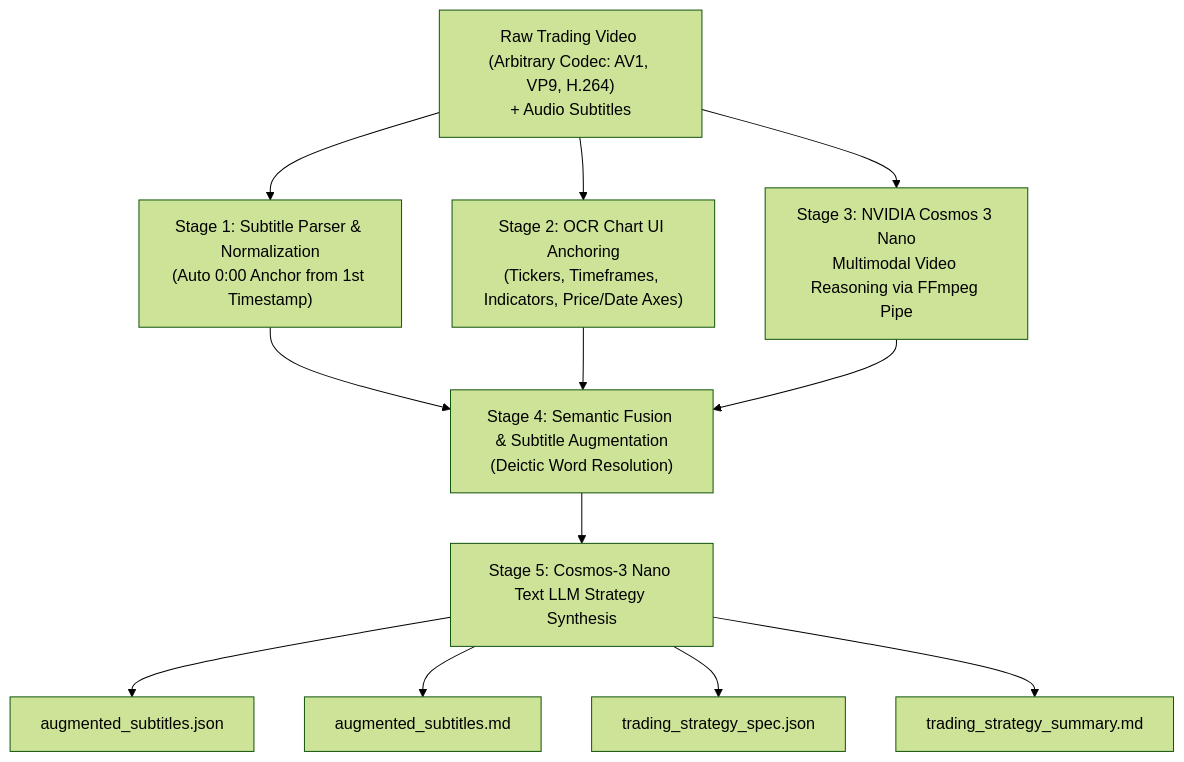
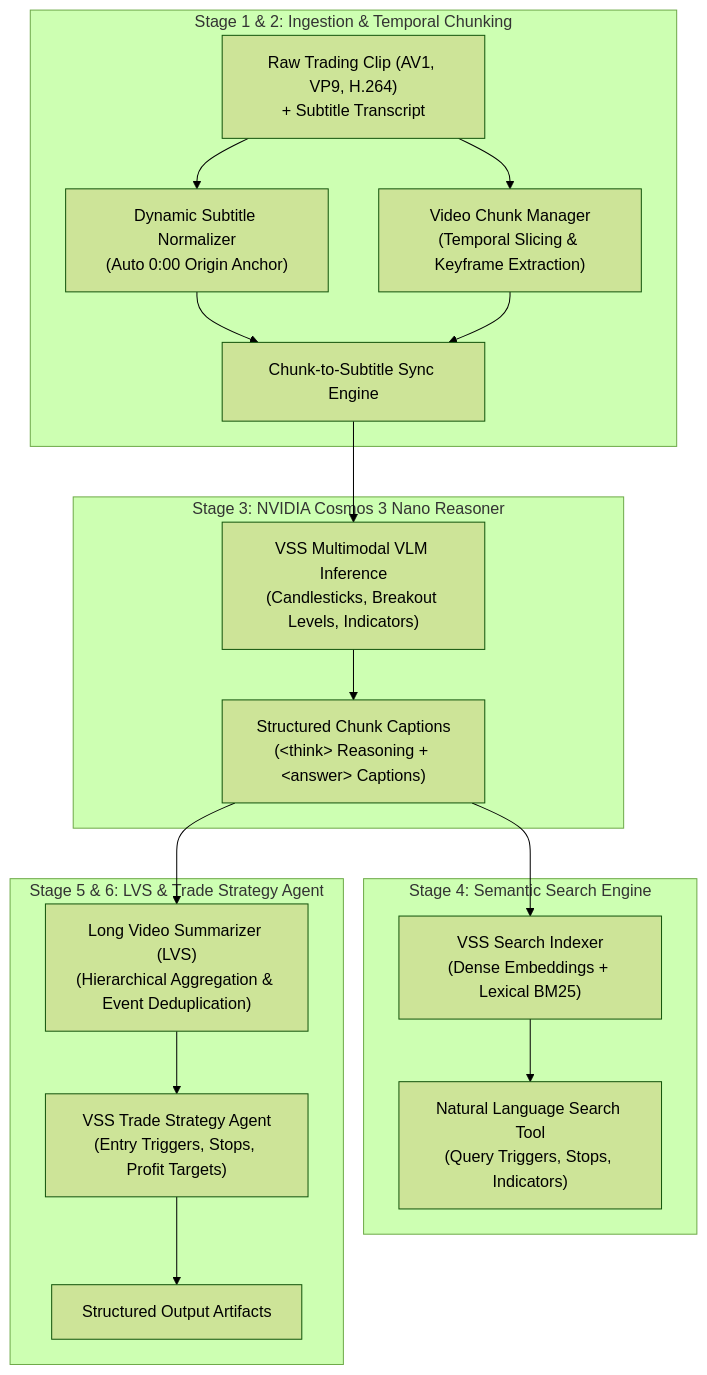
The diagram in README.md (Apro123/trading-video-understanding), drawn with Mermaid (forest theme) before and after one commit. The commit also changed other lines of this file and 25 other files, not shown here.

Commit message:
Migrate NVIDIA VSS Blueprint to root pipeline and replace legacy files

````diff
--- a/README.md
+++ b/README.md
@@ -25,14 +28,25 @@
 ```mermaid
 flowchart TD
-    A["Raw Trading Video (Arbitrary Codec: AV1, VP9, H.264)<br/>+ Audio Subtitles"] --> B["Stage 1: Subtitle Parser & Normalization<br/>(Auto 0:00 Anchor from 1st Timestamp)"]
-    A --> C["Stage 2: OCR Chart UI Anchoring<br/>(Tickers, Timeframes, Indicators, Price/Date Axes)"]
-    A --> D["Stage 3: NVIDIA Cosmos 3 Nano<br/>Multimodal Video Reasoning via FFmpeg Pipe"]
-    B --> E["Stage 4: Semantic Fusion & Subtitle Augmentation<br/>(Deictic Word Resolution)"]
-    C --> E
-    D --> E
-    E --> F["Stage 5: Cosmos-3 Nano Text LLM Strategy Synthesis"]
-    F --> G["augmented_subtitles.json"]
-    F --> H["augmented_subtitles.md"]
-    F --> I["trading_strategy_spec.json"]
-    F --> J["trading_strategy_summary.md"]
+    subgraph Ingestion ["Stage 1 & 2: Ingestion & Temporal Chunking"]
+        A["Raw Trading Clip (AV1, VP9, H.264)<br/>+ Subtitle Transcript"] --> B["Dynamic Subtitle Normalizer<br/>(Auto 0:00 Origin Anchor)"]
+        A --> C["Video Chunk Manager<br/>(Temporal Slicing & Keyframe Extraction)"]
+        B --> D["Chunk-to-Subtitle Sync Engine"]
+        C --> D
+    end
+
+    subgraph Perception ["Stage 3: NVIDIA Cosmos 3 Nano Reasoner"]
+        D --> E["VSS Multimodal VLM Inference<br/>(Candlesticks, Breakout Levels, Indicators)"]
+        E --> F["Structured Chunk Captions<br/>(&lt;think&gt; Reasoning + &lt;answer&gt; Captions)"]
+    end
+
+    subgraph Search ["Stage 4: Semantic Search Engine"]
+        F --> G["VSS Search Indexer<br/>(Dense Embeddings + Lexical BM25)"]
+        G --> H["Natural Language Search Tool<br/>(Query Triggers, Stops, Indicators)"]
+    end
+
+    subgraph Summarization ["Stage 5 & 6: LVS & Trade Strategy Agent"]
+        F --> I["Long Video Summarizer (LVS)<br/>(Hierarchical Aggregation & Event Deduplication)"]
+        I --> J["VSS Trade Strategy Agent<br/>(Entry Triggers, Stops, Profit Targets)"]
+        J --> K["Structured Output Artifacts"]
+    end
 ```
````
